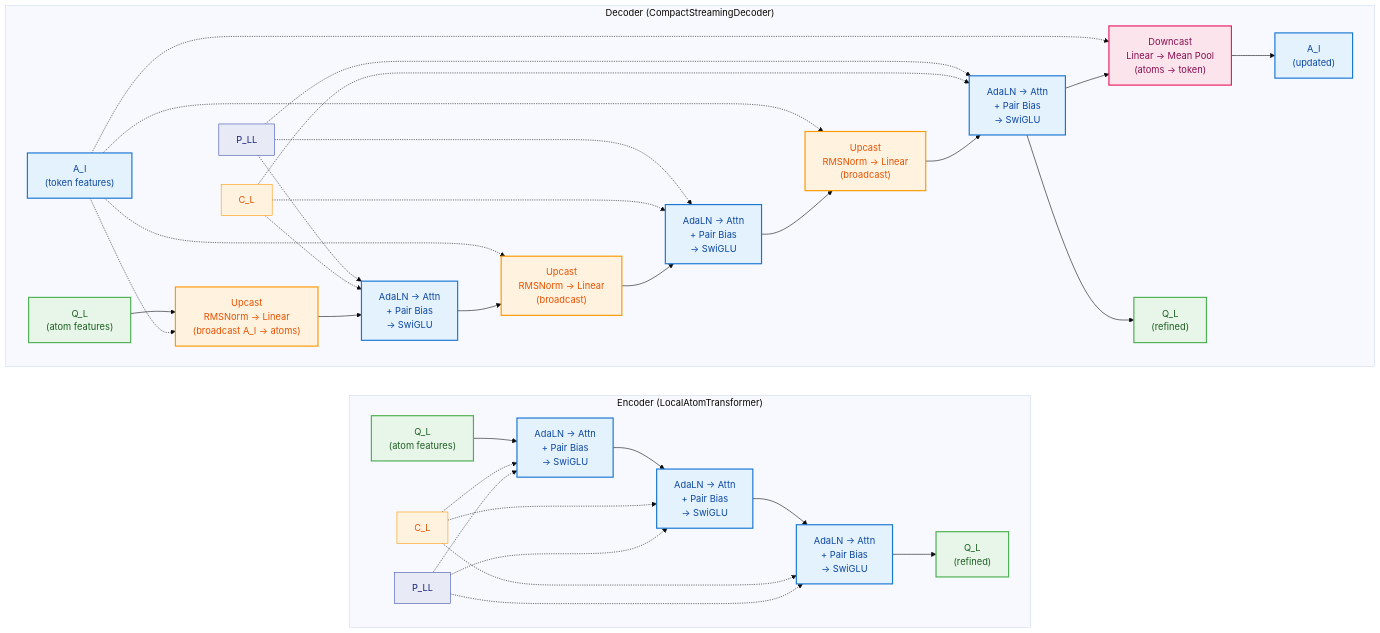
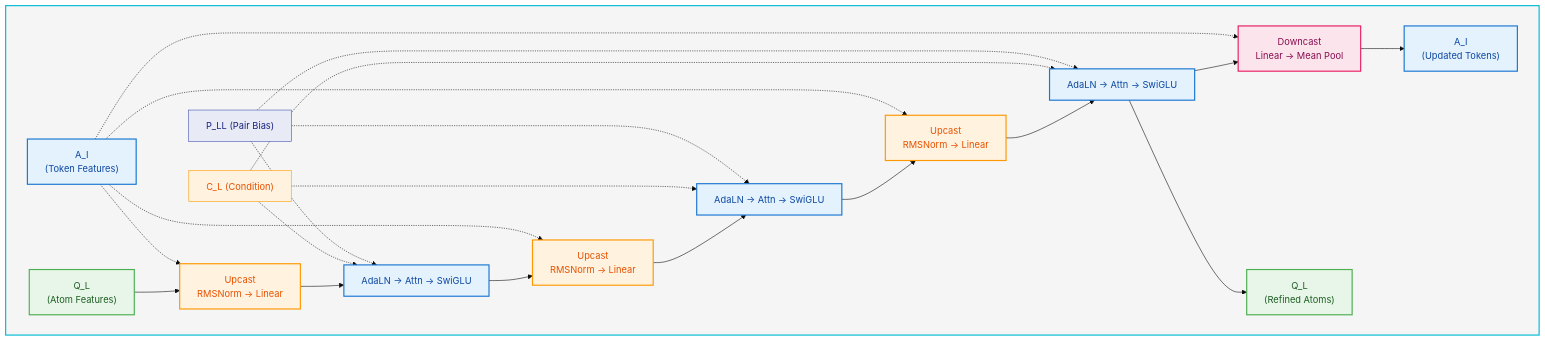
Before and after one commit to RTae/foundry: the fifth of 15 diagrams in models/rfd3/RFD3_architecture_mermaid.md, drawn with Mermaid (base theme). The commit also changed other lines of this file, not shown here.

Commit message:
refactor: improve clarity of RFD3 model flow diagrams with updated annotations and background styles

````diff
--- a/models/rfd3/RFD3_architecture_mermaid.md
+++ b/models/rfd3/RFD3_architecture_mermaid.md
@@ -166,43 +188,41 @@
 ```mermaid
 flowchart LR
-    subgraph Encoder["Encoder (LocalAtomTransformer)"]
+    subgraph Decoder[" "]
         direction LR
-        E_IN["Q_L\n(atom features)"] --> EB1["AdaLN → Attn\n+ Pair Bias\n→ SwiGLU"] --> EB2["AdaLN → Attn\n+ Pair Bias\n→ SwiGLU"] --> EB3["AdaLN → Attn\n+ Pair Bias\n→ SwiGLU"] --> E_OUT["Q_L\n(refined)"]
-        E_CL["C_L"] -.-> EB1 & EB2 & EB3
-        E_PLL["P_LL"] -.-> EB1 & EB2 & EB3
+        D_QL["Q_L\n(Atom Features)"] --> U1["Upcast\nRMSNorm -> Linear"]
+        D_AI["A_I\n(Token Features)"] -.-> U1
+        
+        U1 --> DB1["AdaLN -> Attn -> SwiGLU"]
+        DB1 --> U2["Upcast\nRMSNorm -> Linear"]
+        D_AI -.-> U2
+        
+        U2 --> DB2["AdaLN -> Attn -> SwiGLU"]
+        DB2 --> U3["Upcast\nRMSNorm -> Linear"]
+        D_AI -.-> U3
+        
+        U3 --> DB3["AdaLN -> Attn -> SwiGLU"]
+        DB3 --> DC["Downcast\nLinear -> Mean Pool"]
+        D_AI -.-> DC
+
+        D_CL["C_L (Condition)"] -.-> DB1 & DB2 & DB3
+        D_PLL["P_LL (Pair Bias)"] -.-> DB1 & DB2 & DB3
+        
+        DC --> D_AI_OUT["A_I\n(Updated Tokens)"]
+        DB3 --> D_QL_OUT["Q_L\n(Refined Atoms)"]
     end
 
-    subgraph Decoder["Decoder (CompactStreamingDecoder)"]
-        direction LR
-        D_AI["A_I\n(token features)"] -.-> U1
-        D_QL["Q_L\n(atom features)"] --> U1["Upcast\nRMSNorm → Linear\n(broadcast A_I → atoms)"] --> DB1["AdaLN → Attn\n+ Pair Bias\n→ SwiGLU"] --> U2["Upcast\nRMSNorm → Linear\n(broadcast)"] --> DB2["AdaLN → Attn\n+ Pair Bias\n→ SwiGLU"] --> U3["Upcast\nRMSNorm → Linear\n(broadcast)"] --> DB3["AdaLN → Attn\n+ Pair Bias\n→ SwiGLU"] --> DC["Downcast\nLinear → Mean Pool\n(atoms → token)"]
-        D_AI -.-> U2
-        D_AI -.-> U3
-        D_AI -.-> DC
-        D_CL["C_L"] -.-> DB1 & DB2 & DB3
-        D_PLL["P_LL"] -.-> DB1 & DB2 & DB3
-        DC --> D_AI_OUT["A_I\n(updated)"]
-        DB3 --> D_QL_OUT["Q_L\n(refined)"]
-    end
-
-    style E_IN fill:#e8f5e9,stroke:#4CAF50,stroke-width:2px,color:#1B5E20
-    style E_OUT fill:#e8f5e9,stroke:#4CAF50,stroke-width:2px,color:#1B5E20
-    style EB1 fill:#e3f2fd,stroke:#1976D2,stroke-width:2px,color:#0D47A1
-    style EB2 fill:#e3f2fd,stroke:#1976D2,stroke-width:2px,color:#0D47A1
-    style EB3 fill:#e3f2fd,stroke:#1976D2,stroke-width:2px,color:#0D47A1
-    style E_CL fill:#fff3e0,stroke:#FF9800,stroke-width:1px,color:#E65100
-    style E_PLL fill:#e8eaf6,stroke:#3F51B5,stroke-width:1px,color:#1A237E
     style D_AI fill:#e3f2fd,stroke:#1976D2,stroke-width:2px,color:#0D47A1
     style D_QL fill:#e8f5e9,stroke:#4CAF50,stroke-width:2px,color:#1B5E20
     style D_AI_OUT fill:#e3f2fd,stroke:#1976D2,stroke-width:2px,color:#0D47A1
     style D_QL_OUT fill:#e8f5e9,stroke:#4CAF50,stroke-width:2px,color:#1B5E20
     style U1 fill:#fff3e0,stroke:#FF9800,stroke-width:2px,color:#E65100
     style U2 fill:#fff3e0,stroke:#FF9800,stroke-width:2px,color:#E65100
     style U3 fill:#fff3e0,stroke:#FF9800,stroke-width:2px,color:#E65100
     style DC fill:#fce4ec,stroke:#E91E63,stroke-width:2px,color:#880E4F
     style DB1 fill:#e3f2fd,stroke:#1976D2,stroke-width:2px,color:#0D47A1
     style DB2 fill:#e3f2fd,stroke:#1976D2,stroke-width:2px,color:#0D47A1
     style DB3 fill:#e3f2fd,stroke:#1976D2,stroke-width:2px,color:#0D47A1
     style D_CL fill:#fff3e0,stroke:#FF9800,stroke-width:1px,color:#E65100
     style D_PLL fill:#e8eaf6,stroke:#3F51B5,stroke-width:1px,color:#1A237E
+    style Decoder fill:#f5f5f5,stroke:#00BCD4,stroke-width:2px
 ```
````
